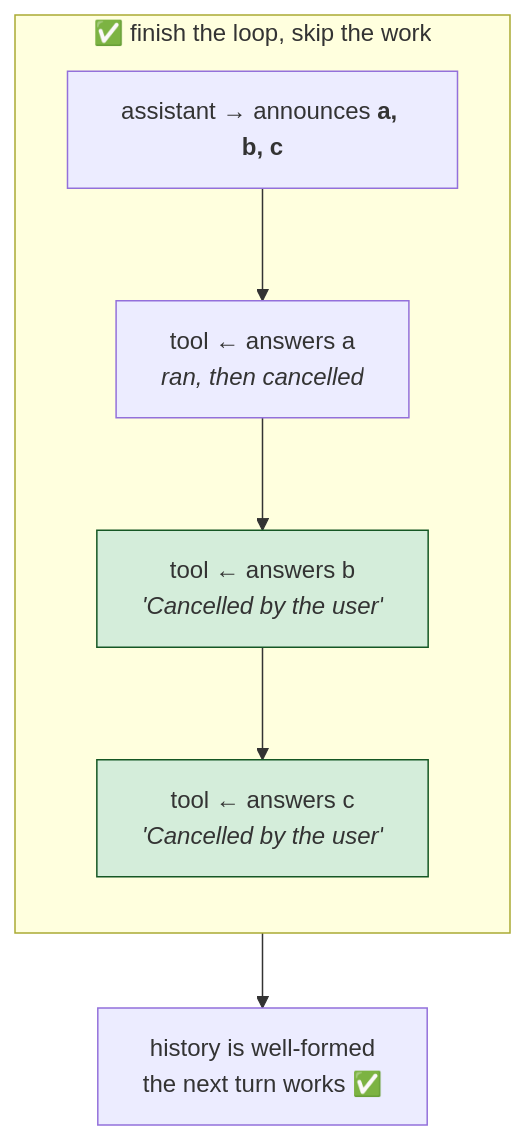
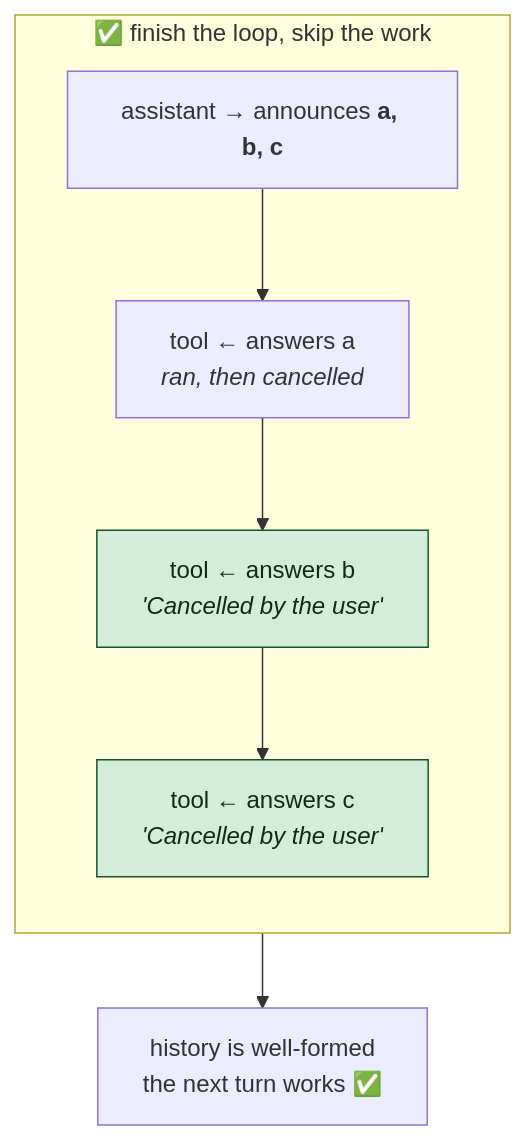
The fifth of 6 diagrams in learning/day-3/05-cancellation.md (bairoy/KRIMICODE), drawn with Mermaid before and after one commit. The commit also changed other lines of this file and 7 other files, not shown here.

Commit message:
improved the mermaid diagram rendering

````diff
--- a/learning/day-3/05-cancellation.md
+++ b/learning/day-3/05-cancellation.md
@@ -437,16 +437,16 @@
 ```mermaid
 flowchart TD
     subgraph FIXED["✅ finish the loop, skip the work"]
         direction TB
         AS2["assistant → announces <b>a, b, c</b>"]
         TA2["tool ← answers a<br/><i>ran, then cancelled</i>"]
         TB2["tool ← answers b<br/><i>'Cancelled by the user'</i>"]
         TC2["tool ← answers c<br/><i>'Cancelled by the user'</i>"]
         AS2 --> TA2 --> TB2 --> TC2
     end
 
     FIXED --> R2["history is well-formed<br/>the next turn works ✅"]
 
-    style TB2 fill:#d4edda,stroke:#155724
-    style TC2 fill:#d4edda,stroke:#155724
+    style TB2 fill:#d4edda,stroke:#155724,color:#0b2e13
+    style TC2 fill:#d4edda,stroke:#155724,color:#0b2e13
 ```
````
